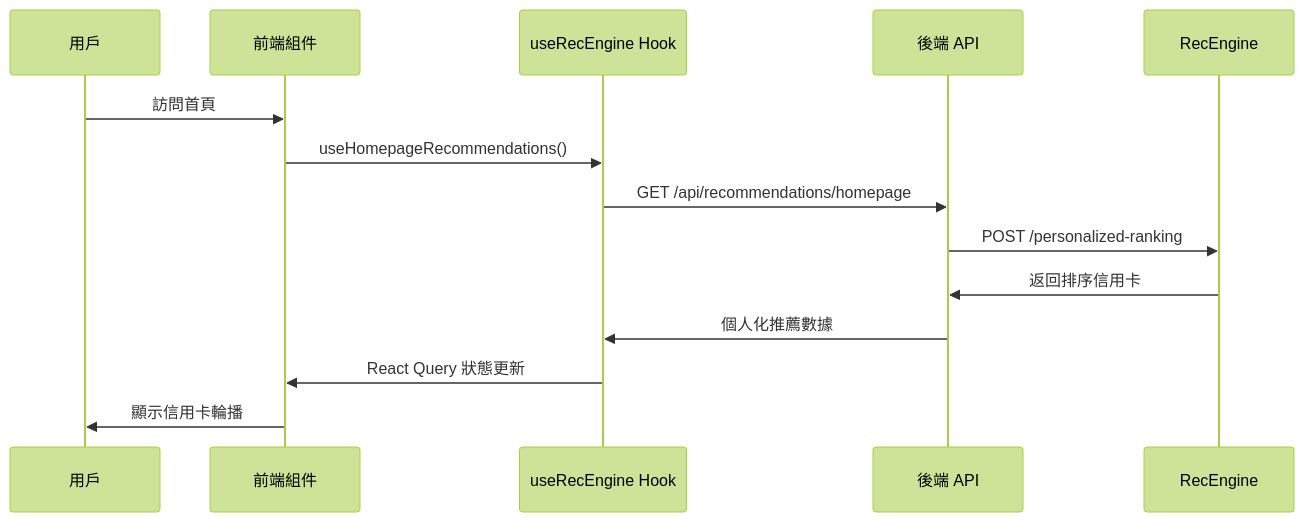
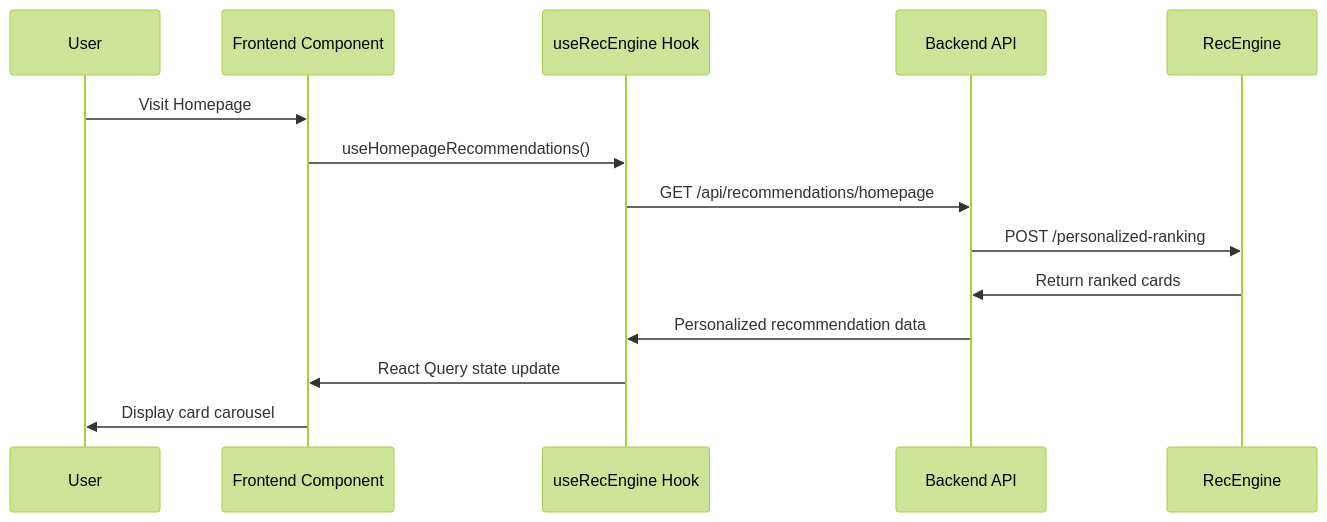
One commit to vincentc-aeq/CrediBot changed the first of 2 diagrams in FRONTEND_RECENGINE_VERIFICATION.md. Above: the diagram before and after it, drawn with Mermaid (forest theme). The commit also changed other lines of this file and 11 other files, not shown here.

````diff
--- a/FRONTEND_RECENGINE_VERIFICATION.md
+++ b/FRONTEND_RECENGINE_VERIFICATION.md
@@ -97,17 +97,17 @@
 ```mermaid
 sequenceDiagram
-    participant U as 用戶
-    participant F as 前端組件
+    participant U as User
+    participant F as Frontend Component
     participant H as useRecEngine Hook
-    participant B as 後端 API
+    participant B as Backend API
     participant R as RecEngine
     
-    U->>F: 訪問首頁
+    U->>F: Visit Homepage
     F->>H: useHomepageRecommendations()
     H->>B: GET /api/recommendations/homepage
     B->>R: POST /personalized-ranking
-    R->>B: 返回排序信用卡
-    B->>H: 個人化推薦數據
-    H->>F: React Query 狀態更新
-    F->>U: 顯示信用卡輪播
+    R->>B: Return ranked cards
+    B->>H: Personalized recommendation data
+    H->>F: React Query state update
+    F->>U: Display card carousel
 ```
````
